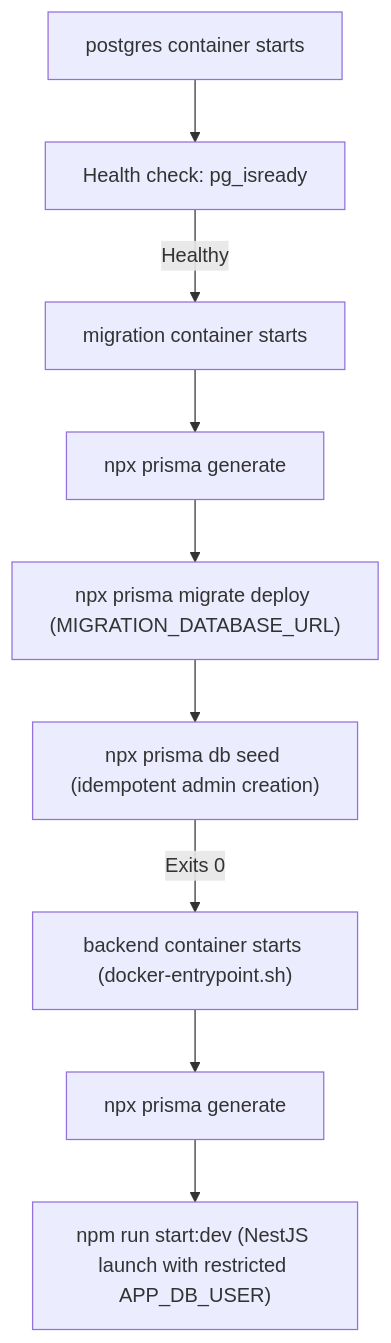
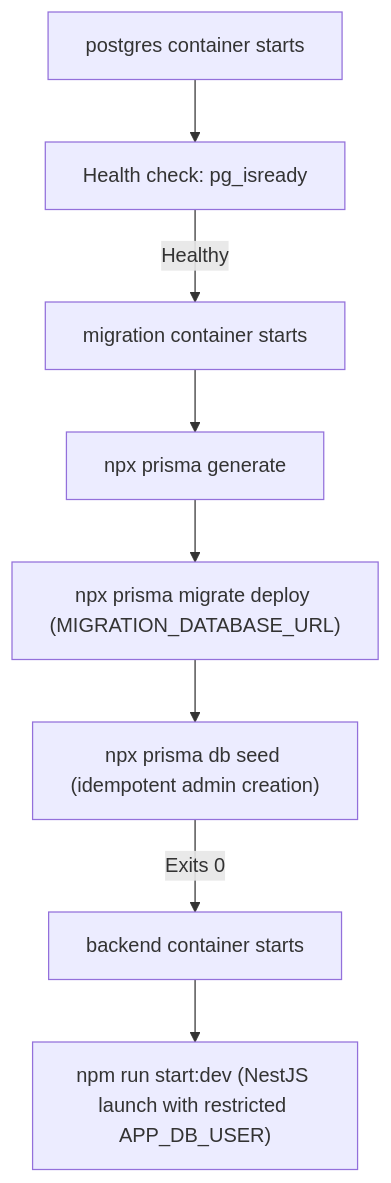
The diagram in docs/database-setup.md (bartek3058/ft_transcendence), drawn with Mermaid before and after one commit. The commit also changed other lines of this file and 53 other files, not shown here.

````diff
--- a/docs/database-setup.md
+++ b/docs/database-setup.md
@@ -79,11 +79,10 @@
 ```mermaid
 flowchart TD
     A["postgres container starts"] --> B["Health check: pg_isready"]
     B -- Healthy --> C["migration container starts"]
     C --> D["npx prisma generate"]
     D --> E["npx prisma migrate deploy (MIGRATION_DATABASE_URL)"]
     E --> F["npx prisma db seed (idempotent admin creation)"]
-    F -- Exits 0 --> G["backend container starts (docker-entrypoint.sh)"]
-    G --> H["npx prisma generate"]
-    H --> I["npm run start:dev (NestJS launch with restricted APP_DB_USER)"]
+    F -- Exits 0 --> G["backend container starts"]
+    G --> I["npm run start:dev (NestJS launch with restricted APP_DB_USER)"]
 ```
````
